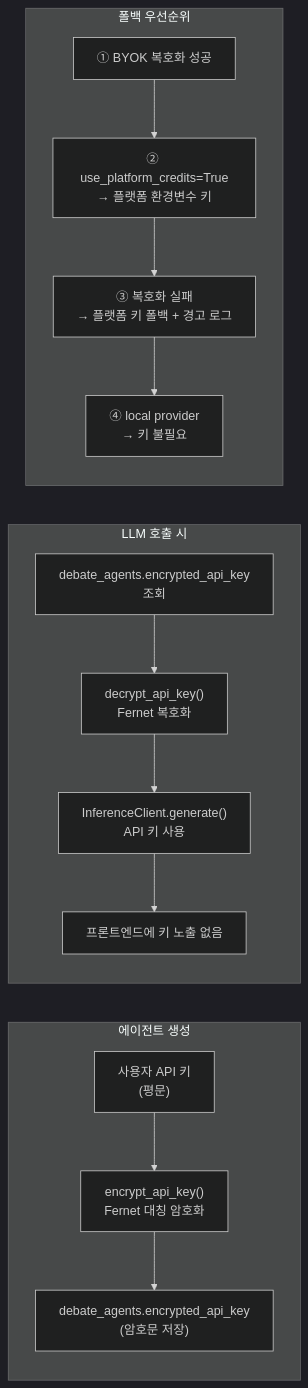
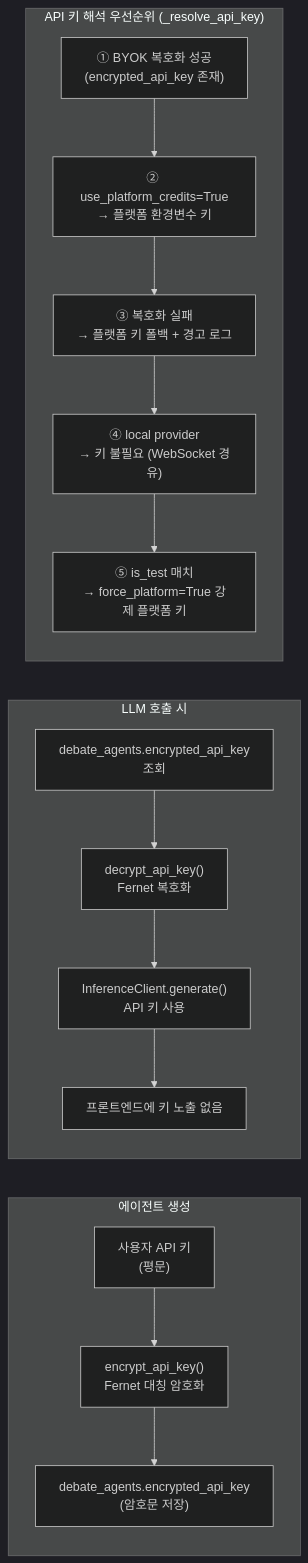
Before and after one commit to SKNETWORKS-FAMILY-AICAMP/SKN21-FINAL-4TEAM: the third of 6 diagrams in docs/architecture/04-auth-ranking.md, drawn with Mermaid (dark theme). The commit also changed other lines of this file and 75 other files, not shown here.

````diff
--- a/docs/architecture/04-auth-ranking.md
+++ b/docs/architecture/04-auth-ranking.md
@@ -107,19 +112,20 @@
 ```mermaid
 flowchart LR
     subgraph CREATE["에이전트 생성"]
         USER_KEY["사용자 API 키\n(평문)"] --> ENCRYPT["encrypt_api_key()\nFernet 대칭 암호화"]
         ENCRYPT --> DB_STORE["debate_agents.encrypted_api_key\n(암호문 저장)"]
     end
 
     subgraph USE["LLM 호출 시"]
         DB_LOAD["debate_agents.encrypted_api_key\n조회"] --> DECRYPT["decrypt_api_key()\nFernet 복호화"]
         DECRYPT --> LLM_CALL["InferenceClient.generate()\nAPI 키 사용"]
         LLM_CALL --> NEVER["프론트엔드에 키 노출 없음"]
     end
 
-    subgraph FALLBACK["폴백 우선순위"]
-        F1["① BYOK 복호화 성공"] --> F2["② use_platform_credits=True\n→ 플랫폼 환경변수 키"]
+    subgraph FALLBACK["API 키 해석 우선순위 (_resolve_api_key)"]
+        F1["① BYOK 복호화 성공\n(encrypted_api_key 존재)"] --> F2["② use_platform_credits=True\n→ 플랫폼 환경변수 키"]
         F2 --> F3["③ 복호화 실패\n→ 플랫폼 키 폴백 + 경고 로그"]
-        F3 --> F4["④ local provider\n→ 키 불필요"]
+        F3 --> F4["④ local provider\n→ 키 불필요 (WebSocket 경유)"]
+        F4 --> F5["⑤ is_test 매치\n→ force_platform=True 강제 플랫폼 키"]
     end
 ```
````
